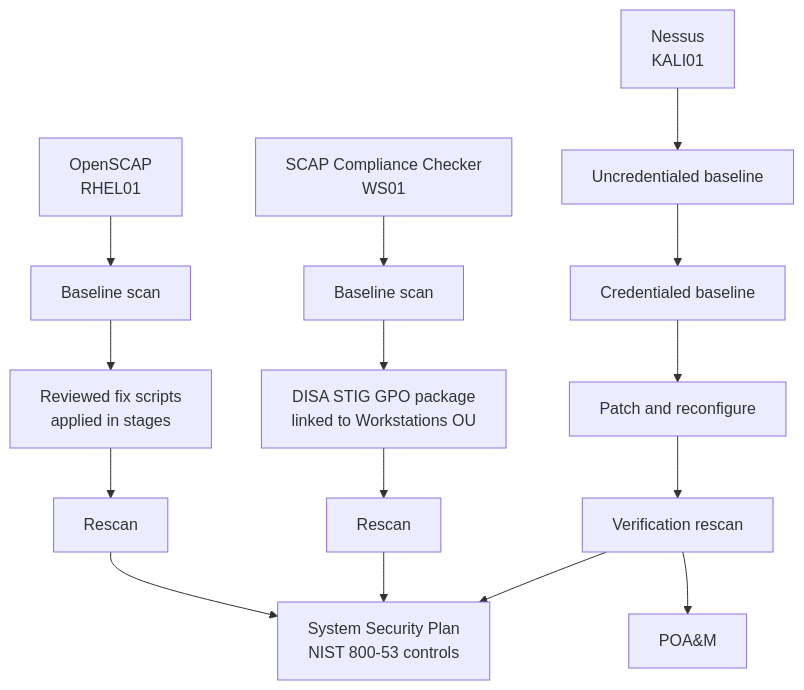
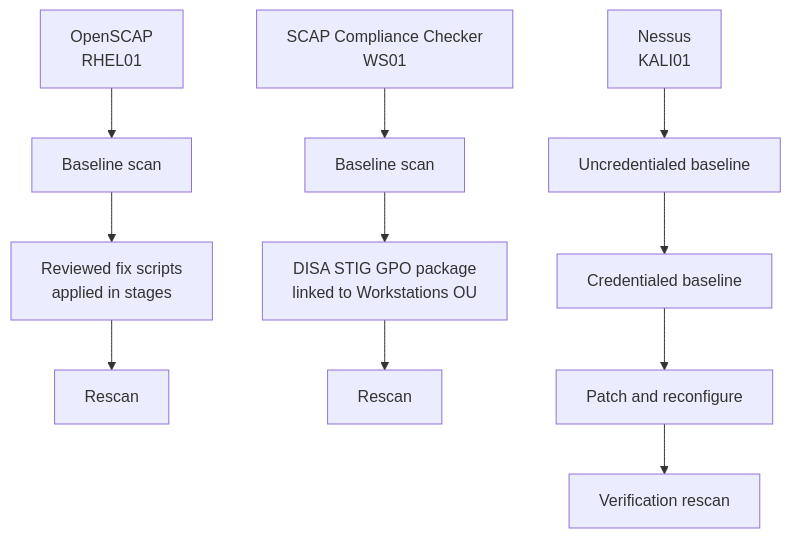
One commit to SamEmerson1/federal-homelab changed the third of 3 diagrams in docs/network-diagram.md. Above: the diagram before and after it, drawn with Mermaid. The commit also changed other lines of this file, not shown here.

Commit message:
Change WS01 from Windows 11 Enterprise to Pro
Updated WS01 description to reflect Windows 11 Pro.

````diff
--- a/docs/network-diagram.md
+++ b/docs/network-diagram.md
@@ -45,20 +45,15 @@
 ```mermaid
 flowchart TB
     S1["OpenSCAP<br/>RHEL01"] --> R1["Baseline scan"]
     R1 --> REM1["Reviewed fix scripts<br/>applied in stages"]
     REM1 --> R2["Rescan"]
 
     S2["SCAP Compliance Checker<br/>WS01"] --> R3["Baseline scan"]
     R3 --> REM2["DISA STIG GPO package<br/>linked to Workstations OU"]
     REM2 --> R4["Rescan"]
 
     S3["Nessus<br/>KALI01"] --> R5["Uncredentialed baseline"]
     R5 --> R6["Credentialed baseline"]
     R6 --> REM3["Patch and reconfigure"]
     REM3 --> R7["Verification rescan"]
-    R7 --> POAM["POA&M"]
-
-    R2 --> SSP["System Security Plan<br/>NIST 800-53 controls"]
-    R4 --> SSP
-    R7 --> SSP
 ```
````
